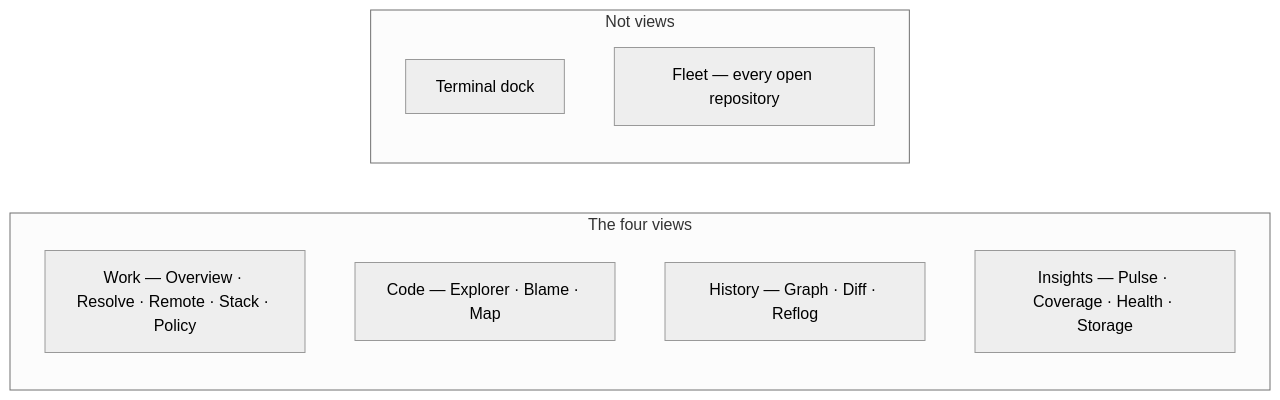
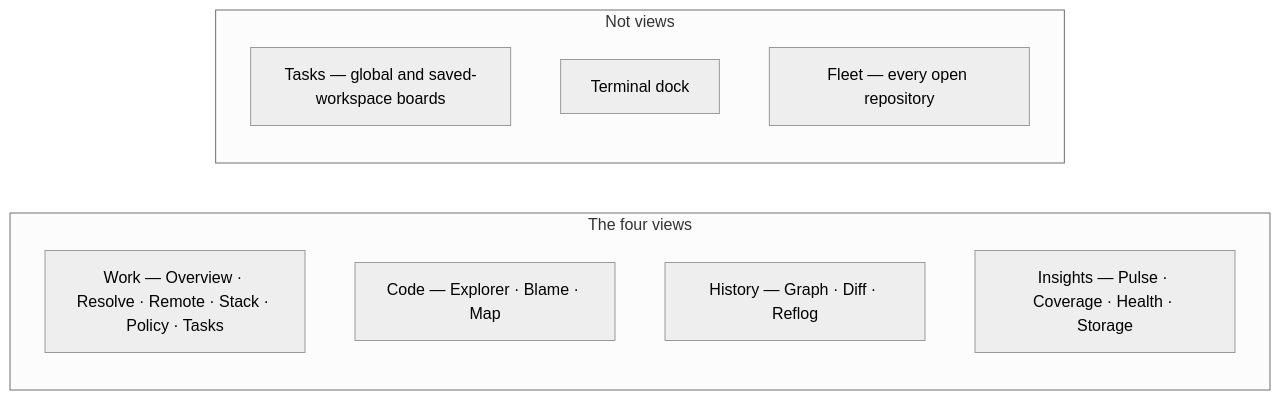
The diagram in wiki/Home.md (bharathvbcr/GitPulse), drawn with Mermaid (neutral theme) before and after one commit. The commit also changed other lines of this file and 23 other files, not shown here.

Commit message:
docs: refresh task workflows, architecture, and contributor guidance

````diff
--- a/wiki/Home.md
+++ b/wiki/Home.md
@@ -25,13 +26,14 @@
 ```mermaid
 flowchart LR
     subgraph Views["The four views"]
-        Work["Work — Overview · Resolve · Remote · Stack · Policy"]
+        Work["Work — Overview · Resolve · Remote · Stack · Policy · Tasks"]
         Code["Code — Explorer · Blame · Map"]
         History["History — Graph · Diff · Reflog"]
         Insights["Insights — Pulse · Coverage · Health · Storage"]
     end
     subgraph Beside["Not views"]
+        Tasks["Tasks — global and saved-workspace boards"]
         Terminal["Terminal dock"]
         Fleet["Fleet — every open repository"]
     end
 ```
````
